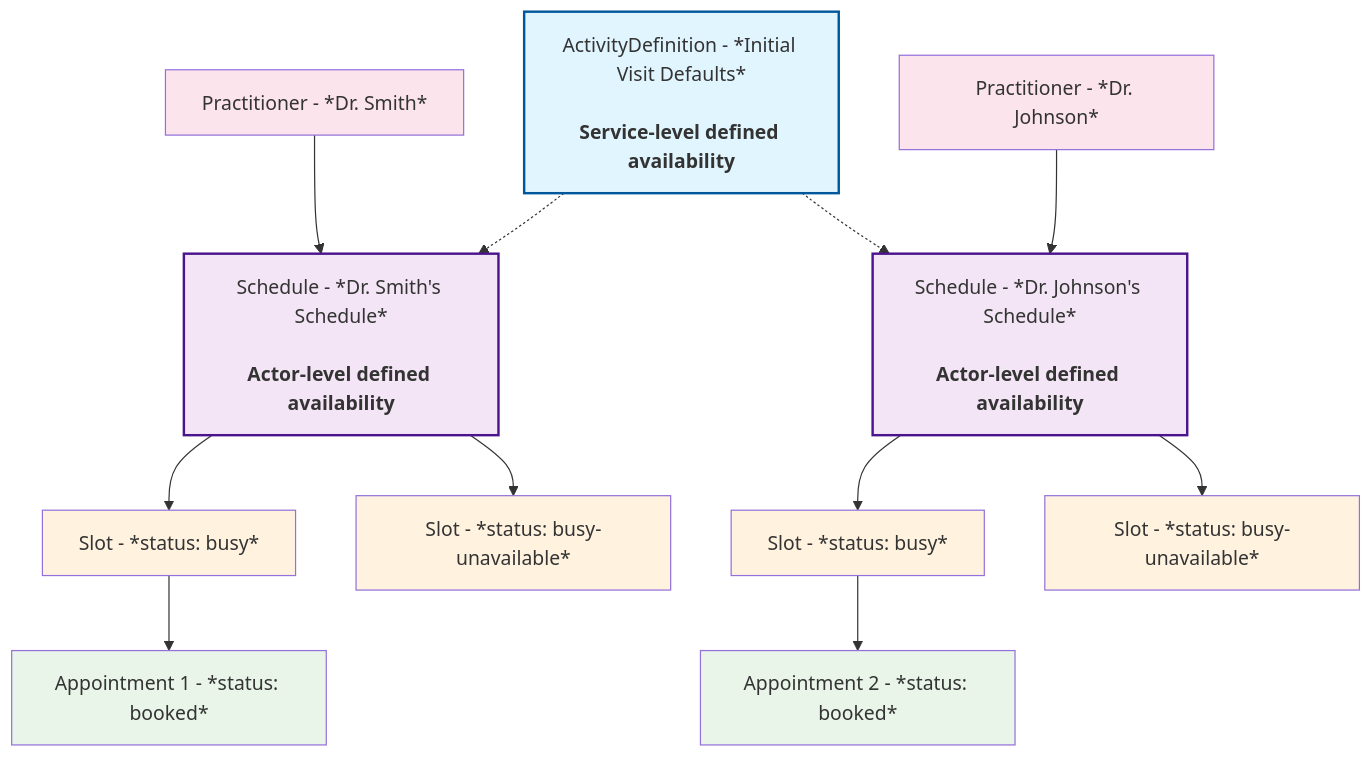
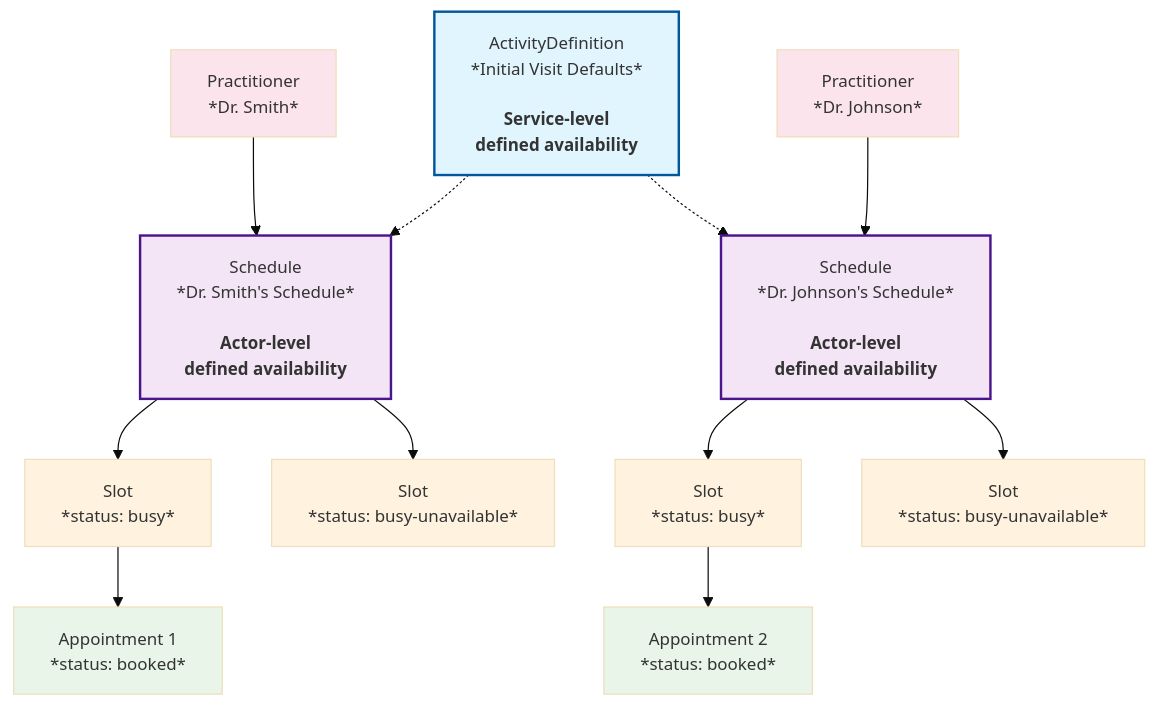
Before and after one commit to medplum/medplum: the first of 5 diagrams in packages/docs/docs/scheduling/defining-availability.md, drawn with Mermaid. The commit also changed other lines of this file, not shown here.

````diff
--- a/packages/docs/docs/scheduling/defining-availability.md
+++ b/packages/docs/docs/scheduling/defining-availability.md
@@ -39,27 +39,28 @@
 ```mermaid
+%%{init: {'theme':'base', 'themeVariables': {'fontSize':'14px'}, 'flowchart': {'useMaxWidth': false, 'htmlLabels': true}}}%%
 graph TD
-    C1[Practitioner - *Dr. Smith*] --> B1
-    A[ActivityDefinition - *Initial Visit Defaults*<br/><br/><b>Service-level defined availability</b>] -.-> B1[Schedule - *Dr. Smith's Schedule*<br/><br/><b>Actor-level defined availability</b>]
-    A -.-> B2[Schedule - *Dr. Johnson's Schedule*<br/><br/><b>Actor-level defined availability</b>]
-    C2[Practitioner - *Dr. Johnson*] --> B2
+    C1[Practitioner<br/>*Dr. Smith*] --> B1
+    A[ActivityDefinition<br/>*Initial Visit Defaults*<br/><br/><b>Service-level<br/>defined availability</b>] -.-> B1[Schedule<br/>*Dr. Smith's Schedule*<br/><br/><b>Actor-level<br/>defined availability</b>]
+    A -.-> B2[Schedule<br/>*Dr. Johnson's Schedule*<br/><br/><b>Actor-level<br/>defined availability</b>]
+    C2[Practitioner<br/>*Dr. Johnson*] --> B2
 
-    B1 --> D1[Slot - *status: busy*]
-    B1 --> D2[Slot - *status: busy-unavailable*]
-    B2 --> D3[Slot - *status: busy*]
-    B2 --> D4[Slot - *status: busy-unavailable*]
+    B1 --> D1[Slot<br/>*status: busy*]
+    B1 --> D2[Slot<br/>*status: busy-unavailable*]
+    B2 --> D3[Slot<br/>*status: busy*]
+    B2 --> D4[Slot<br/>*status: busy-unavailable*]
     
-    D1 --> E1[Appointment 1 - *status: booked*]
-    D3 --> E2[Appointment 2 - *status: booked*]
+    D1 --> E1[Appointment 1<br/>*status: booked*]
+    D3 --> E2[Appointment 2<br/>*status: booked*]
     
     style A fill:#e1f5fe,stroke:#01579b,stroke-width:2px
     style B1 fill:#f3e5f5,stroke:#4a148c,stroke-width:2px
     style B2 fill:#f3e5f5,stroke:#4a148c,stroke-width:2px
     style C1 fill:#fce4ec
     style C2 fill:#fce4ec
     style D1 fill:#fff3e0
     style D2 fill:#fff3e0
     style D3 fill:#fff3e0
     style D4 fill:#fff3e0
     style E1 fill:#e8f5e8
     style E2 fill:#e8f5e8
 ```
````
